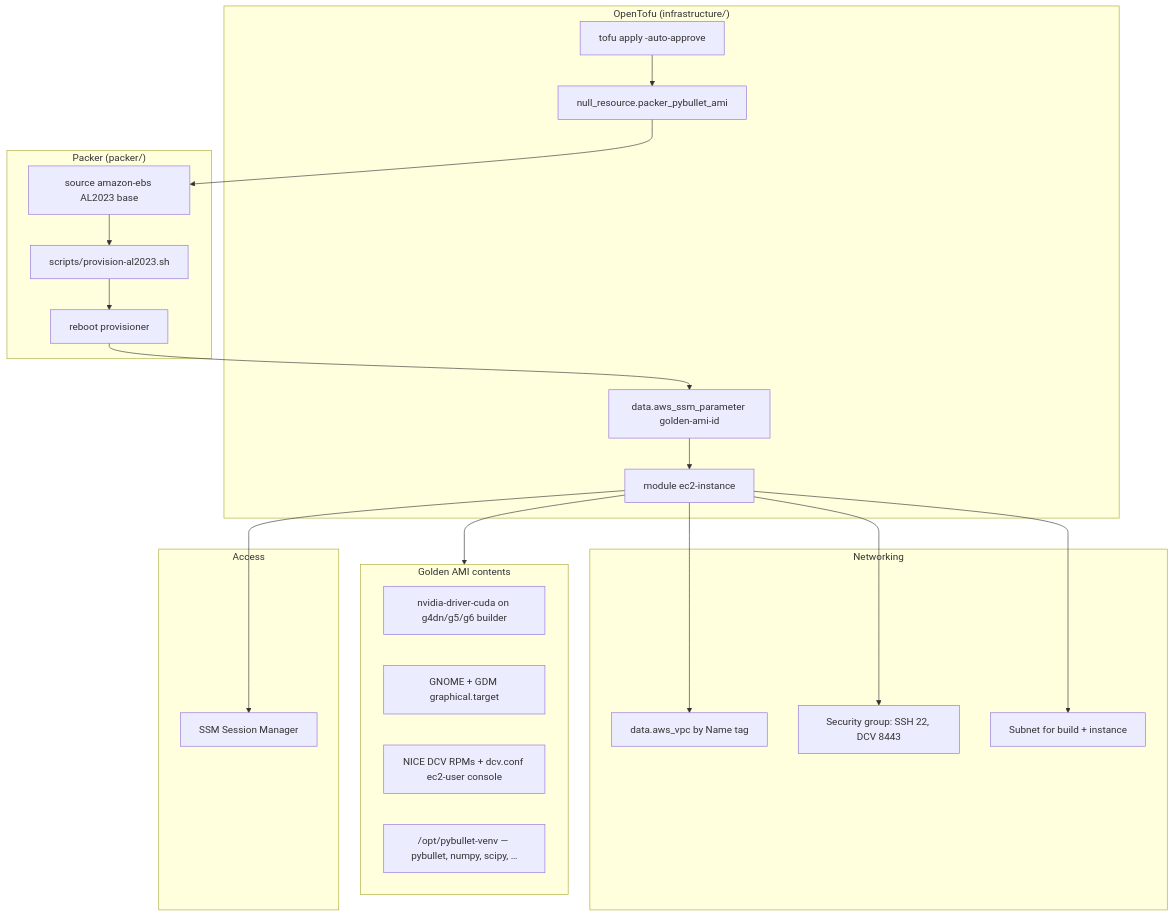
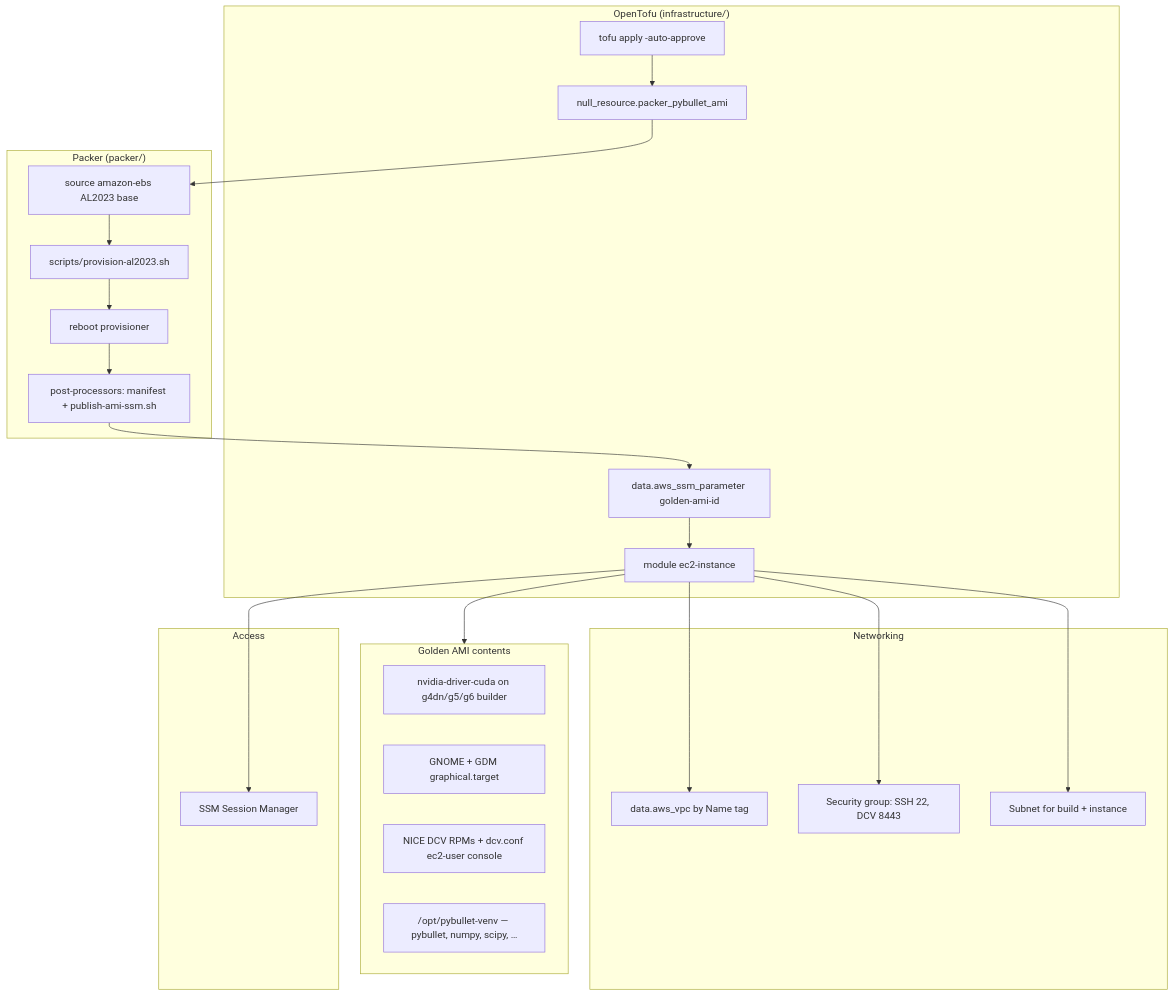
The fourth of 4 diagrams in README.md (rubencg195/aws-pybullet-environment), drawn with Mermaid before and after one commit. The commit also changed other lines of this file and 1 other file, not shown here.

First line of the commit message:
Docs: golden AMI vs user_data, OpenTofu troubleshooting, LF for packer scripts

````diff
--- a/README.md
+++ b/README.md
@@ -79,39 +79,41 @@
 ```mermaid
 flowchart TB
   subgraph iac["OpenTofu (infrastructure/)"]
     OT["tofu apply -auto-approve"]
     NR["null_resource.packer_pybullet_ami"]
     DATA["data.aws_ssm_parameter golden-ami-id"]
     MOD["module ec2-instance"]
   end
   subgraph packer["Packer (packer/)"]
     SRC["source amazon-ebs AL2023 base"]
     SH["scripts/provision-al2023.sh"]
     RB["reboot provisioner"]
+    PP["post-processors: manifest + publish-ami-ssm.sh"]
   end
   subgraph net["Networking"]
     VPC["data.aws_vpc by Name tag"]
     SG["Security group: SSH 22, DCV 8443"]
     SN["Subnet for build + instance"]
   end
   subgraph golden["Golden AMI contents"]
     NV["nvidia-driver-cuda on g4dn/g5/g6 builder"]
     GN["GNOME + GDM graphical.target"]
     DCV["NICE DCV RPMs + dcv.conf ec2-user console"]
     PYB["/opt/pybullet-venv — pybullet, numpy, scipy, …"]
   end
   subgraph access["Access"]
     SSM["SSM Session Manager"]
   end
   OT --> NR
   NR --> SRC
   SRC --> SH
   SH --> RB
-  RB --> DATA
+  RB --> PP
+  PP --> DATA
   DATA --> MOD
   MOD --> VPC
   MOD --> SG
   MOD --> SN
   MOD --> golden
   MOD --> SSM
 ```
````
